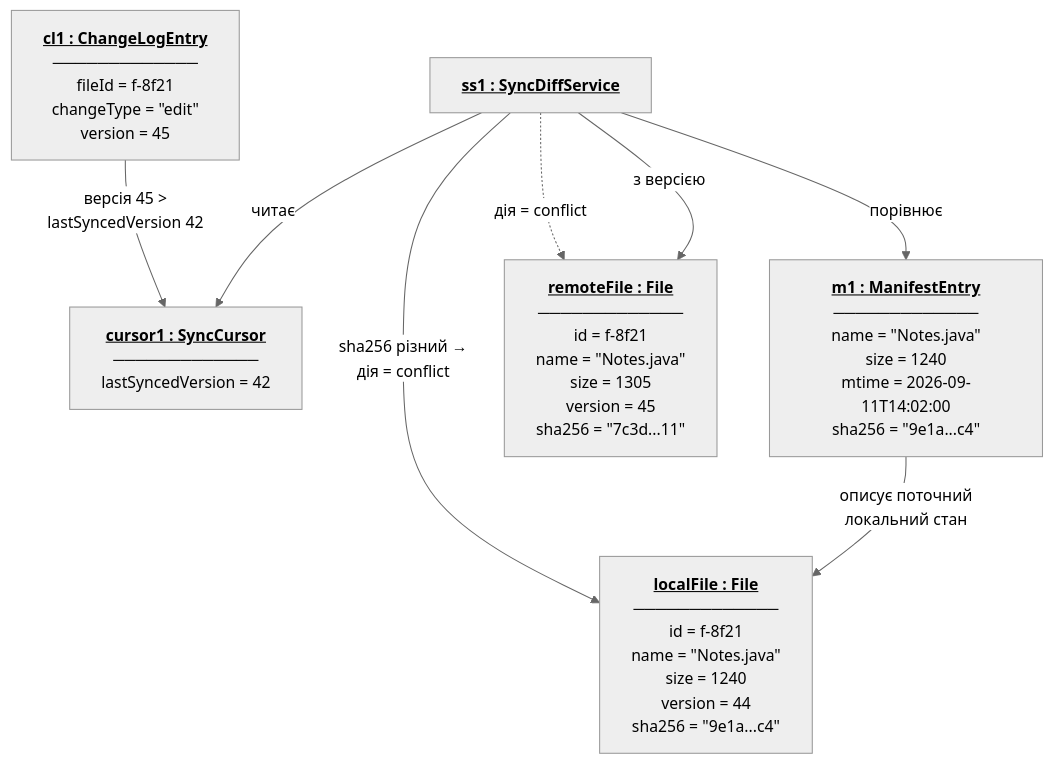
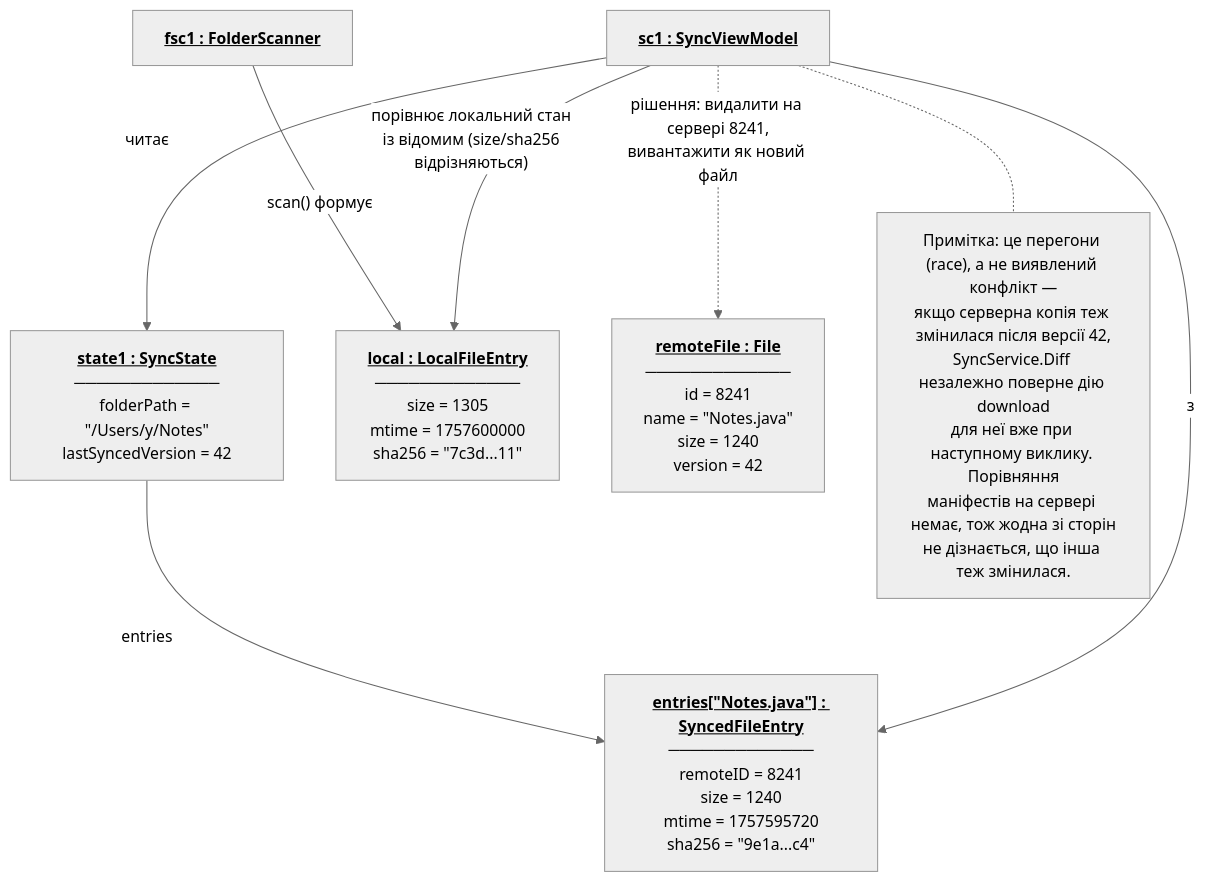
Before and after one commit to Shitcode-Swamp/file-space: the diagram in docs/diagrams-uml/src/ua/12-object-conflict.mmd, drawn with Mermaid. The commit also changed 55 other files, not shown here.

Commit message:
Diagrams and report

```diff
--- a/docs/diagrams-uml/src/ua/12-object-conflict.mmd
+++ b/docs/diagrams-uml/src/ua/12-object-conflict.mmd
@@ -1,21 +1,23 @@
 %%{init: {'theme': 'neutral', 'themeVariables': {'fontSize': '15px'}}}%%
 flowchart TB
-    cursor["<b><u>cursor1 : SyncCursor</u></b><br/>─────────────<br/>lastSyncedVersion = 42"]
+    state["<b><u>state1 : SyncState</u></b><br/>─────────────<br/>folderPath = &quot;/Users/y/Notes&quot;<br/>lastSyncedVersion = 42"]
 
-    manifest["<b><u>m1 : ManifestEntry</u></b><br/>─────────────<br/>name = &quot;Notes.java&quot;<br/>size = 1240<br/>mtime = 2026-09-11T14:02:00<br/>sha256 = &quot;9e1a...c4&quot;"]
+    knownEntry["<b><u>entries[&quot;Notes.java&quot;] : SyncedFileEntry</u></b><br/>─────────────<br/>remoteID = 8241<br/>size = 1240<br/>mtime = 1757595720<br/>sha256 = &quot;9e1a...c4&quot;"]
 
-    localFile["<b><u>localFile : File</u></b><br/>─────────────<br/>id = f-8f21<br/>name = &quot;Notes.java&quot;<br/>size = 1240<br/>version = 44<br/>sha256 = &quot;9e1a...c4&quot;"]
+    localEntry["<b><u>local : LocalFileEntry</u></b><br/>─────────────<br/>size = 1305<br/>mtime = 1757600000<br/>sha256 = &quot;7c3d...11&quot;"]
 
-    remoteFile["<b><u>remoteFile : File</u></b><br/>─────────────<br/>id = f-8f21<br/>name = &quot;Notes.java&quot;<br/>size = 1305<br/>version = 45<br/>sha256 = &quot;7c3d...11&quot;"]
+    remoteFile["<b><u>remoteFile : File</u></b><br/>─────────────<br/>id = 8241<br/>name = &quot;Notes.java&quot;<br/>size = 1240<br/>version = 42"]
 
-    changeLog["<b><u>cl1 : ChangeLogEntry</u></b><br/>─────────────<br/>fileId = f-8f21<br/>changeType = &quot;edit&quot;<br/>version = 45"]
+    scanner["<b><u>fsc1 : FolderScanner</u></b>"]
 
-    diff["<b><u>ss1 : SyncDiffService</u></b>"]
+    viewModel["<b><u>sc1 : SyncViewModel</u></b>"]
 
-    manifest -- "описує поточний<br/>локальний стан" --> localFile
-    diff -- "порівнює" --> manifest
-    diff -- "з версією" --> remoteFile
-    diff -- "читає" --> cursor
-    changeLog -- "версія 45 &gt;<br/>lastSyncedVersion 42" --> cursor
-    diff -- "sha256 різний →<br/>дія = conflict" --> localFile
-    diff -.->|"дія = conflict"| remoteFile
+    state -- "entries" --> knownEntry
+    scanner -- "scan() формує" --> localEntry
+    viewModel -- "читає" --> state
+    viewModel -- "порівнює локальний стан<br/>із відомим (size/sha256<br/>відрізняються)" --> localEntry
+    viewModel -- "з" --> knownEntry
+    viewModel -.->|"рішення: видалити на сервері 8241,<br/>вивантажити як новий файл"| remoteFile
+
+    note1["Примітка: це перегони (race), а не виявлений конфлікт —<br/>якщо серверна копія теж змінилася після версії 42,<br/>SyncService.Diff незалежно поверне дію download<br/>для неї вже при наступному виклику. Порівняння<br/>маніфестів на сервері немає, тож жодна зі сторін<br/>не дізнається, що інша теж змінилася."]
+    viewModel -.- note1
```
